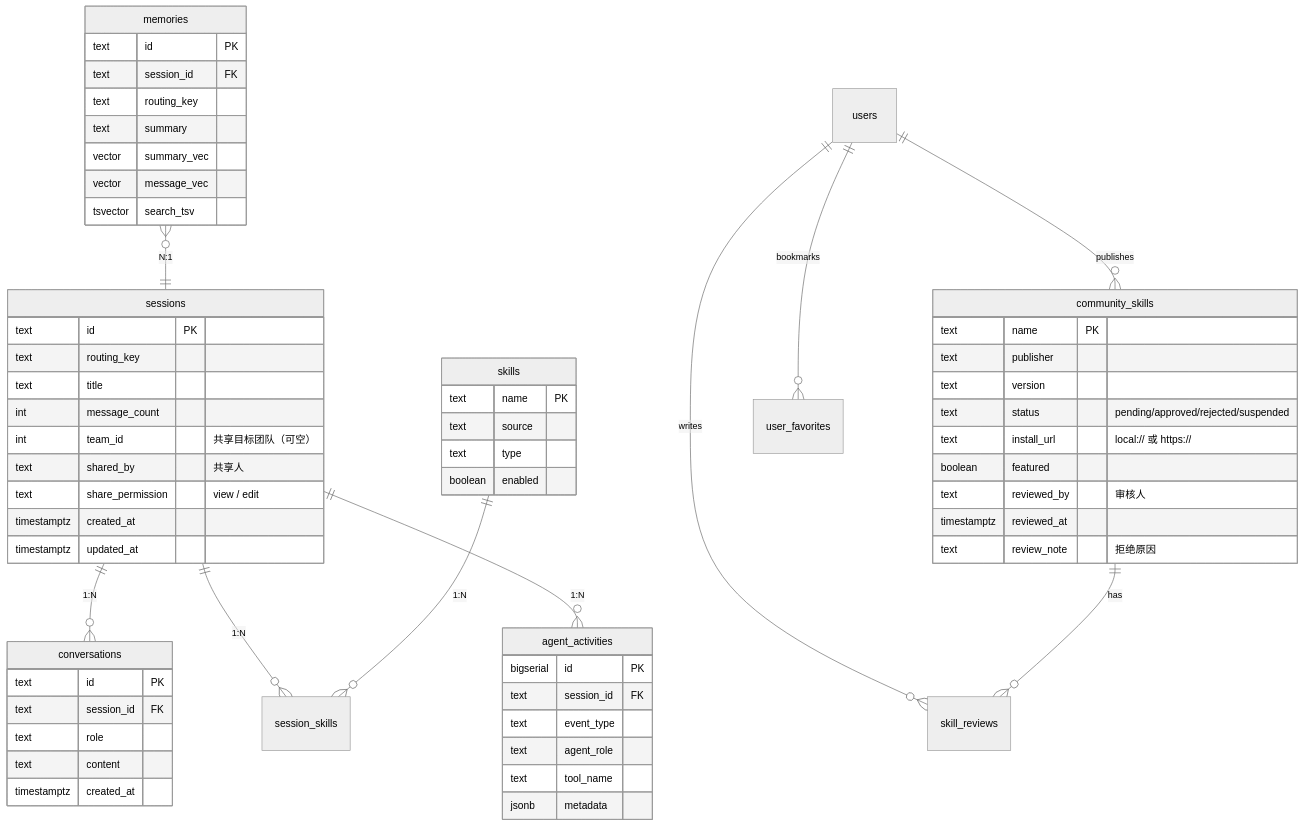
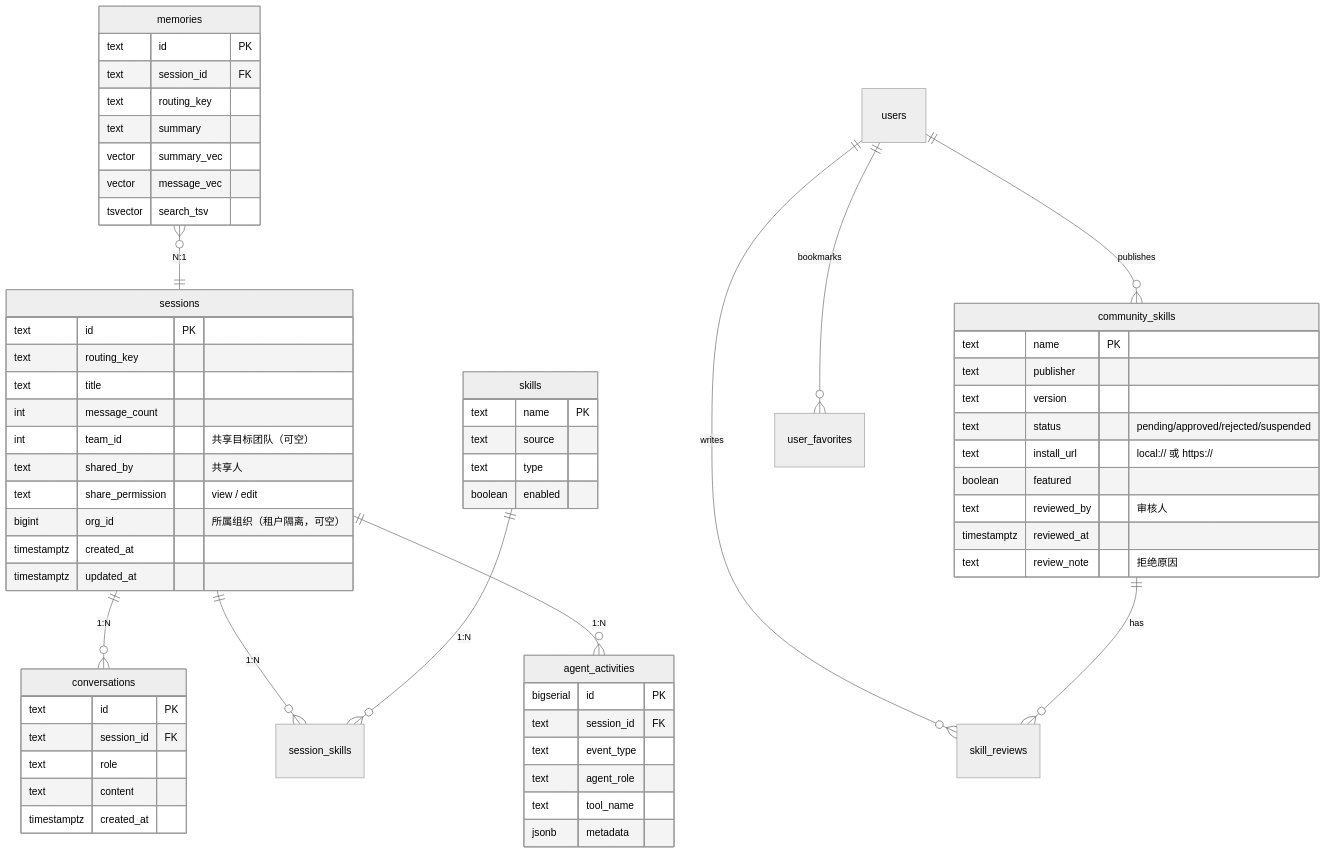
Before and after one commit to howdyli/xuanji: the ninth of 11 diagrams in docs/system-architecture.md, drawn with Mermaid (neutral theme). The commit also changed other lines of this file and 11 other files, not shown here.

````diff
--- a/docs/system-architecture.md
+++ b/docs/system-architecture.md
@@ -593,70 +594,71 @@
 ```mermaid
 erDiagram
     sessions ||--o{ conversations : "1:N"
     sessions ||--o{ session_skills : "1:N"
     skills ||--o{ session_skills : "1:N"
     memories }o--|| sessions : "N:1"
     users ||--o{ community_skills : "publishes"
     users ||--o{ skill_reviews : "writes"
     community_skills ||--o{ skill_reviews : "has"
     users ||--o{ user_favorites : "bookmarks"
     sessions ||--o{ agent_activities : "1:N"
 
     sessions {
         text id PK
         text routing_key
         text title
         int message_count
         int team_id "共享目标团队（可空）"
         text shared_by "共享人"
         text share_permission "view / edit"
+        bigint org_id "所属组织（租户隔离，可空）"
         timestamptz created_at
         timestamptz updated_at
     }
 
     conversations {
         text id PK
         text session_id FK
         text role
         text content
         timestamptz created_at
     }
 
     memories {
         text id PK
         text session_id FK
         text routing_key
         text summary
         vector summary_vec
         vector message_vec
         tsvector search_tsv
     }
 
     skills {
         text name PK
         text source
         text type
         boolean enabled
     }
 
     agent_activities {
         bigserial id PK
         text session_id FK
         text event_type
         text agent_role
         text tool_name
         jsonb metadata
     }
 
     community_skills {
         text name PK
         text publisher
         text version
         text status "pending/approved/rejected/suspended"
         text install_url "local:// 或 https://"
         boolean featured
         text reviewed_by "审核人"
         timestamptz reviewed_at
         text review_note "拒绝原因"
     }
 ```
````
